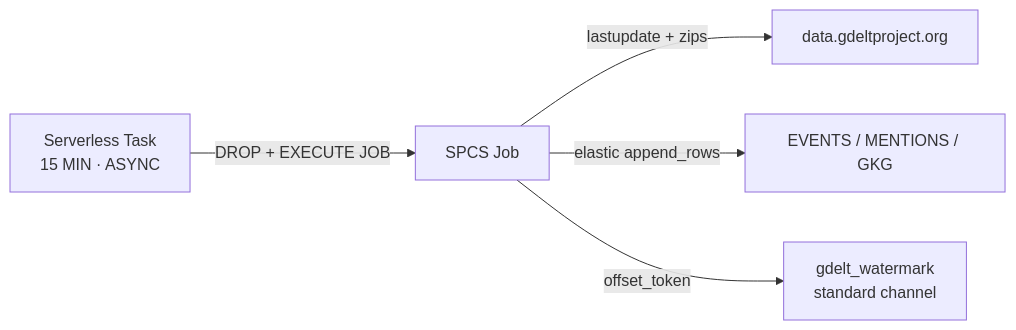
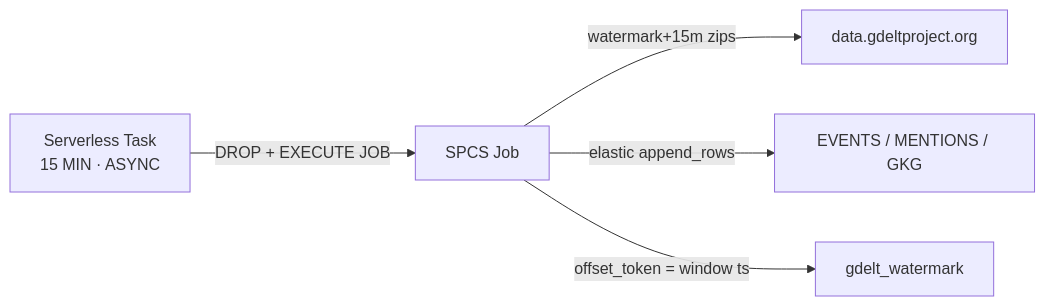
Before and after one commit to sfc-gh-bculberson/snowcat-streaming_gdelt: the second of 3 diagrams in README.md, drawn with Mermaid. The commit also changed other lines of this file and 11 other files, not shown here.

````diff
--- a/README.md
+++ b/README.md
@@ -26,7 +44,7 @@
 ```mermaid
 flowchart LR
   Task["Serverless Task<br/>15 MIN · ASYNC"] -->|"DROP + EXECUTE JOB"| Job["SPCS Job"]
-  Job -->|lastupdate + zips| GDELT["data.gdeltproject.org"]
+  Job -->|"watermark+15m zips"| GDELT["data.gdeltproject.org"]
   Job -->|elastic append_rows| Facts["EVENTS / MENTIONS / GKG"]
-  Job -->|offset_token| WM["gdelt_watermark<br/>standard channel"]
+  Job -->|"offset_token = window ts"| WM["gdelt_watermark"]
 ```
````
